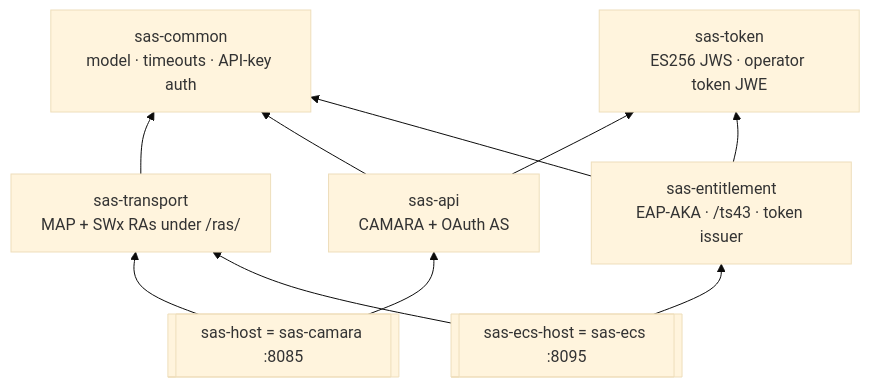
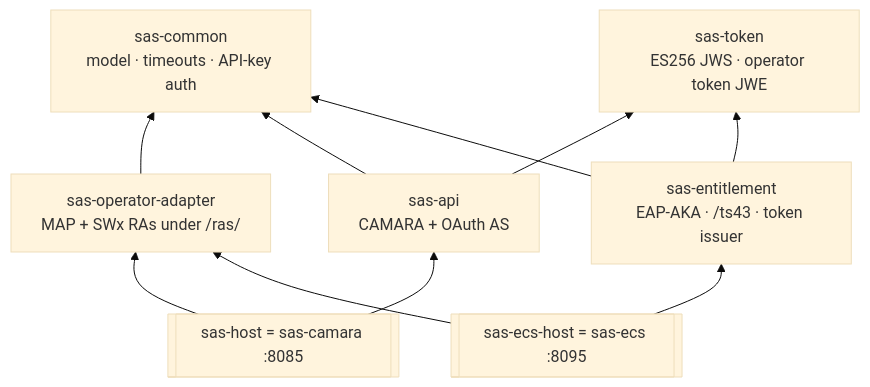
Before and after one commit to nhanth87/silent-authentication: the first of 3 diagrams in docs/design/sas-two-binary-architecture.md, drawn with Mermaid (base theme). The commit also changed other lines of this file and 57 other files, not shown here.

First line of the commit message:
refactor: rename sas-transport to sas-operator-adapter (M1, no behaviour change)

````diff
--- a/docs/design/sas-two-binary-architecture.md
+++ b/docs/design/sas-two-binary-architecture.md
@@ -40,19 +40,19 @@
 ```mermaid
 flowchart BT
   common[sas-common<br/>model · timeouts · API-key auth]
   token[sas-token<br/>ES256 JWS · operator token JWE]
-  transport[sas-transport<br/>MAP + SWx RAs under /ras/]
+  transport[sas-operator-adapter<br/>MAP + SWx RAs under /ras/]
   api[sas-api<br/>CAMARA + OAuth AS]
   ent[sas-entitlement<br/>EAP-AKA · /ts43 · token issuer]
   camara[[sas-host = sas-camara :8085]]
   ecs[[sas-ecs-host = sas-ecs :8095]]
   transport --> common
   api --> common
   api --> token
   ent --> common
   ent --> token
   camara --> api
   camara --> transport
   ecs --> ent
   ecs --> transport
 ```
````
